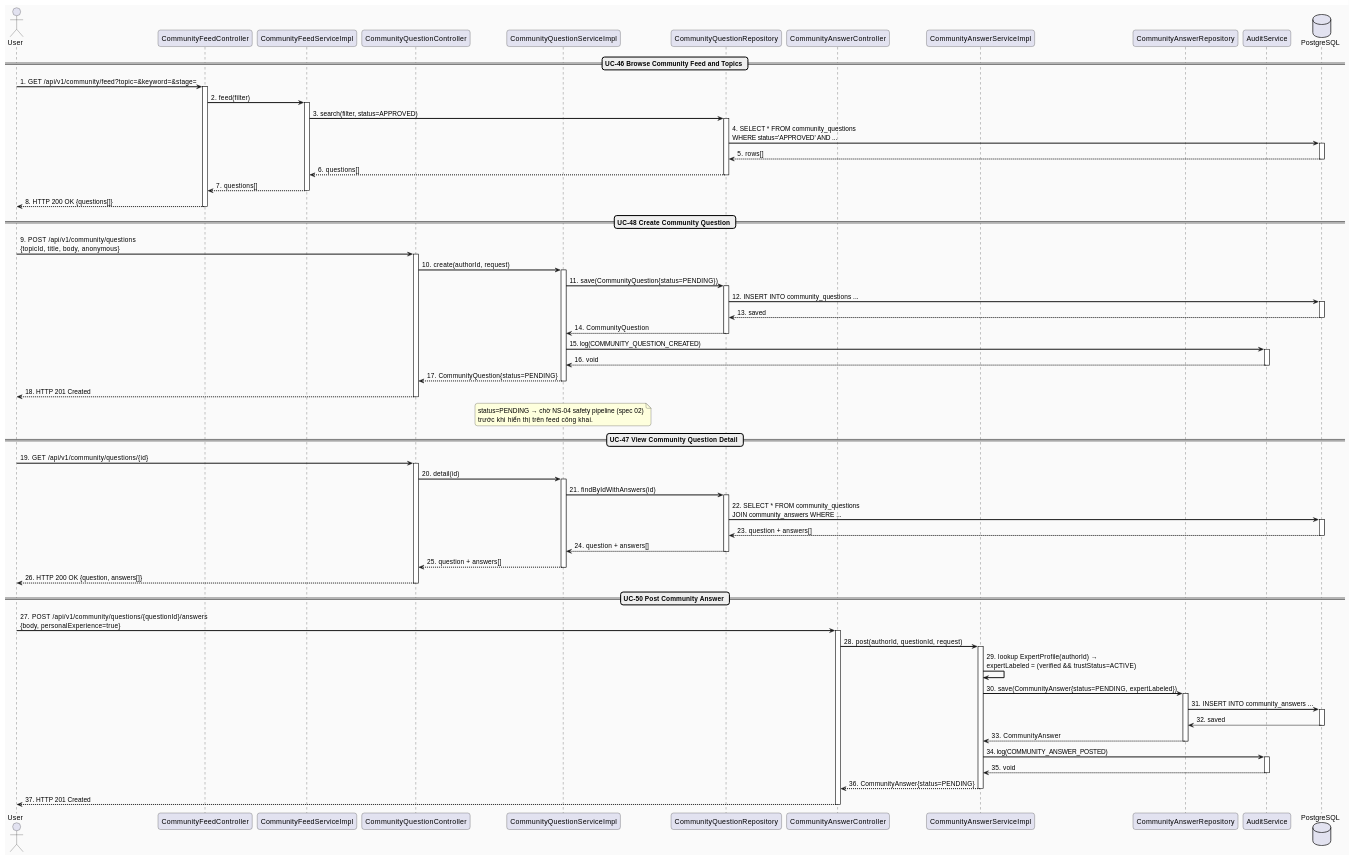
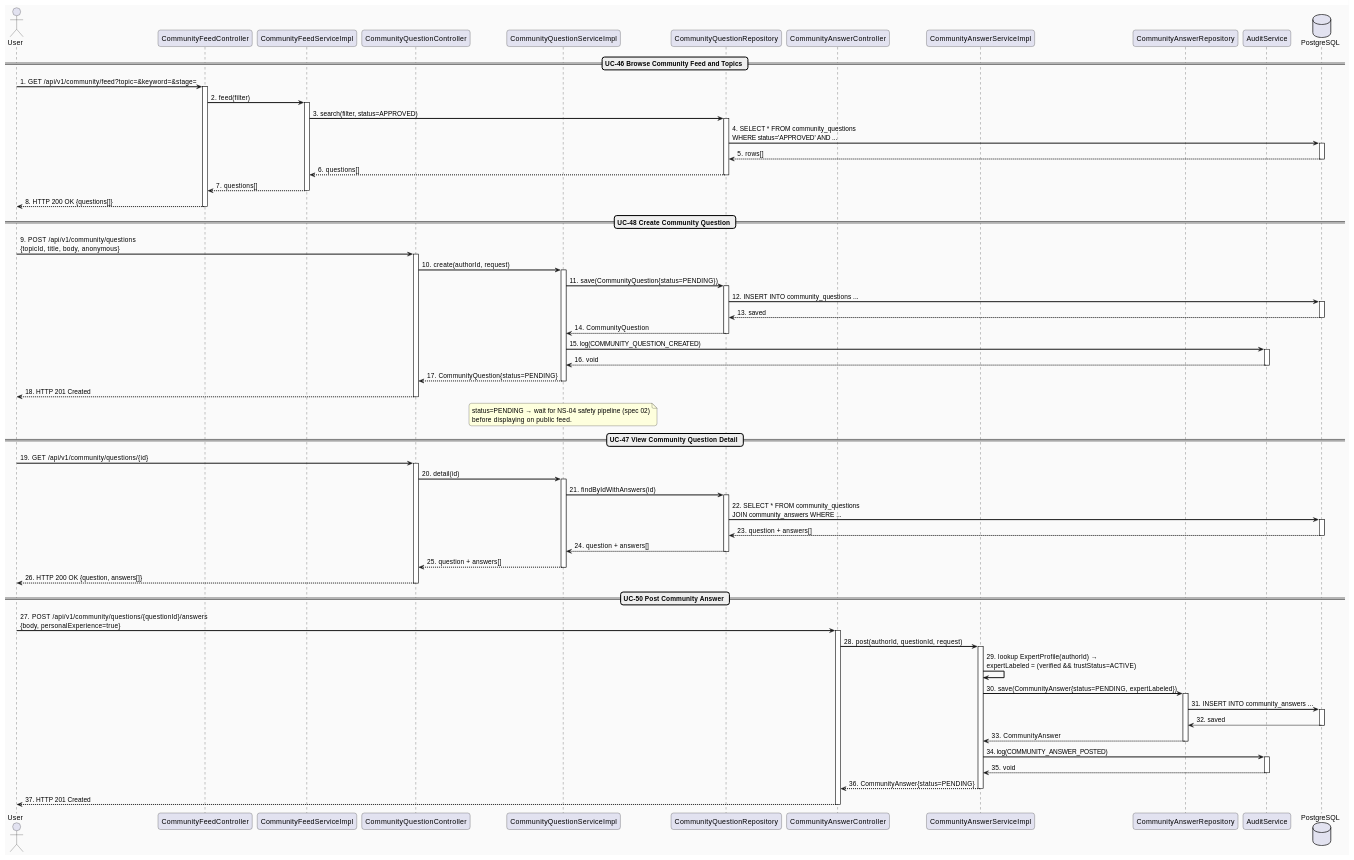
The second of 3 diagrams in docs/Detailed_Design/MF04_Community_QA_Moderation/01_Community_Question_Answer_Flow.md (ChuongBDHE172784/CareBridge_SEP490_G79), drawn with PlantUML before and after one commit. The commit also changed 49 other files, not shown here.

Commit message:
docs: translate technical design documentation and sequence diagrams to English

```diff
--- a/docs/Detailed_Design/MF04_Community_QA_Moderation/01_Community_Question_Answer_Flow.md
+++ b/docs/Detailed_Design/MF04_Community_QA_Moderation/01_Community_Question_Answer_Flow.md
@@ -205,8 +205,8 @@
 deactivate QController
 
 note over QService
-  status=PENDING → chờ NS-04 safety pipeline (spec 02)
-  trước khi hiển thị trên feed công khai.
+  status=PENDING → wait for NS-04 safety pipeline (spec 02)
+  before displaying on public feed.
 end note
 
 == UC-47 View Community Question Detail ==
```
